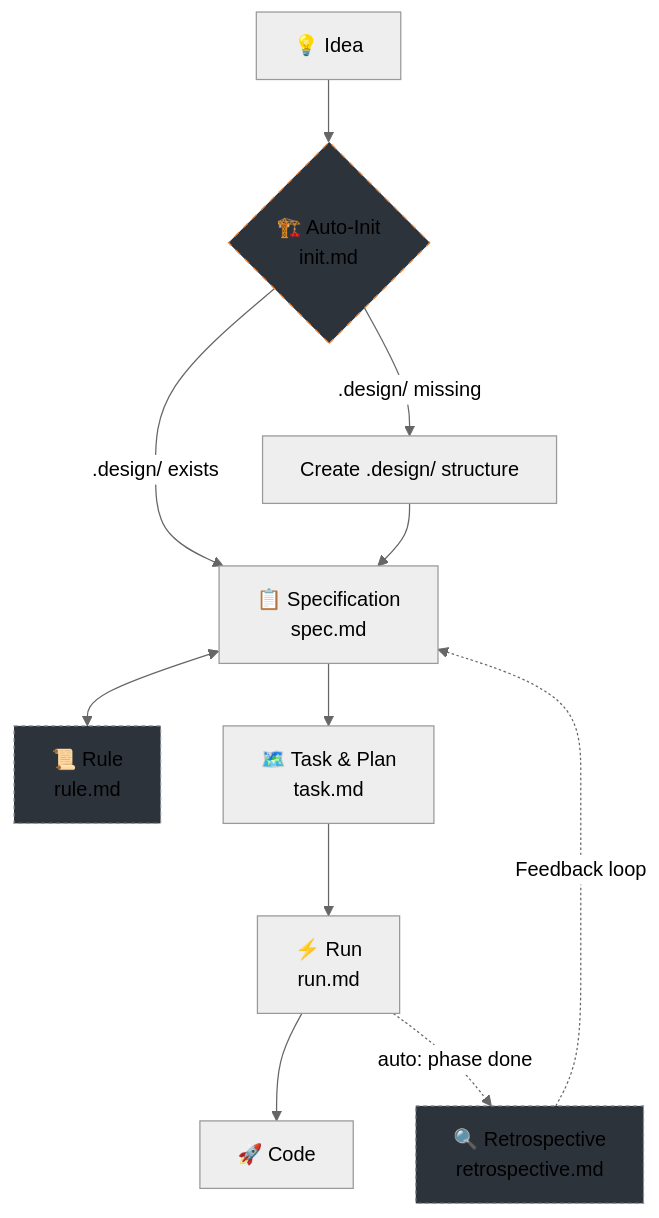
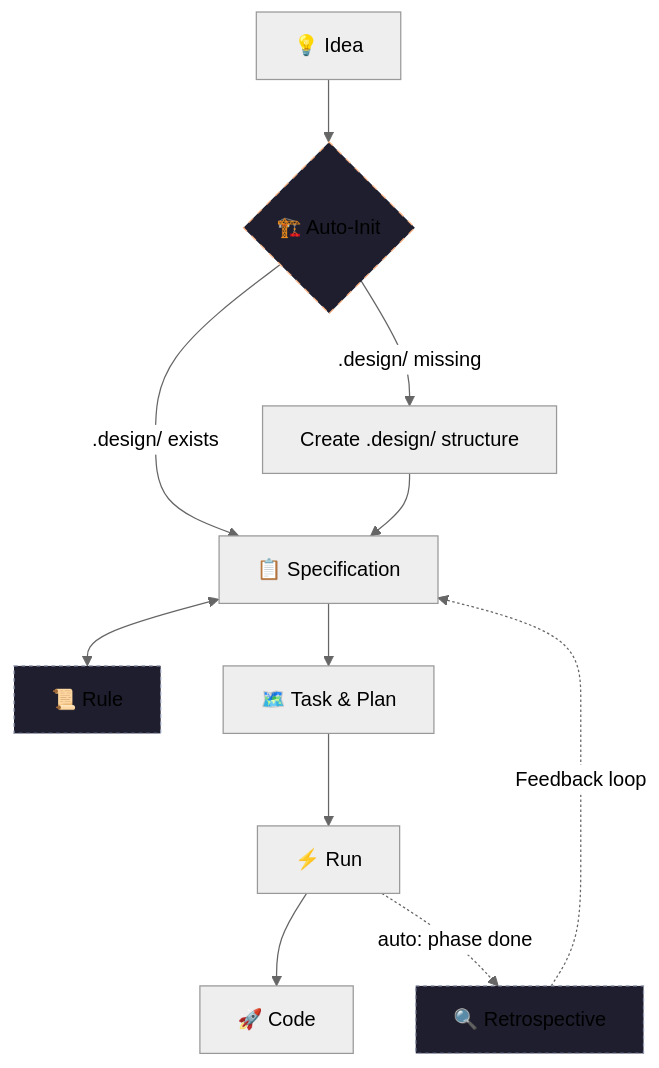
The diagram in docs/README.md (teratron/magic-spec), drawn with Mermaid (neutral theme) before and after one commit. The commit also changed other lines of this file and 7 other files, not shown here.

````diff
--- a/docs/README.md
+++ b/docs/README.md
@@ -18,16 +20,16 @@
 ```mermaid
 graph TD
-    IDEA["💡 Idea"] --> INIT{"🏗️ Auto-Init<br/>init.md"}
+    IDEA["💡 Idea"] --> INIT{"🏗️ Auto-Init"}
     INIT -->|.design/ exists| SPEC
     INIT -->|.design/ missing| CREATE["Create .design/ structure"] --> SPEC
-    SPEC["📋 Specification<br/>spec.md"] <--> RULE["📜 Rule<br/>rule.md"]
-    SPEC --> TASK["🗺️ Task & Plan<br/>task.md"]
-    TASK --> RUN["⚡ Run<br/>run.md"]
+    SPEC["📋 Specification"] <--> RULE["📜 Rule"]
+    SPEC --> TASK["🗺️ Task & Plan"]
+    TASK --> RUN["⚡ Run"]
     RUN --> CODE["🚀 Code"]
-    RUN -.->|"auto: phase done"| RETRO["🔍 Retrospective<br/>retrospective.md"]
+    RUN -.->|"auto: phase done"| RETRO["🔍 Retrospective"]
     RETRO -.->|Feedback loop| SPEC
 
-    style INIT fill:#2d333b,stroke:#f0883e,stroke-dasharray: 5 5
-    style RULE fill:#2d333b,stroke:#8b949e,stroke-dasharray: 3 3
-    style RETRO fill:#2d333b,stroke:#8b949e,stroke-dasharray: 3 3
+    style INIT fill:#1e1e2e,stroke:#fab387,stroke-dasharray: 5 5
+    style RULE fill:#1e1e2e,stroke:#9399b2,stroke-dasharray: 3 3
+    style RETRO fill:#1e1e2e,stroke:#9399b2,stroke-dasharray: 3 3
 ```
````
